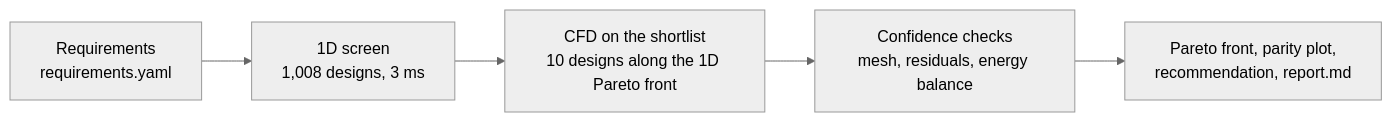
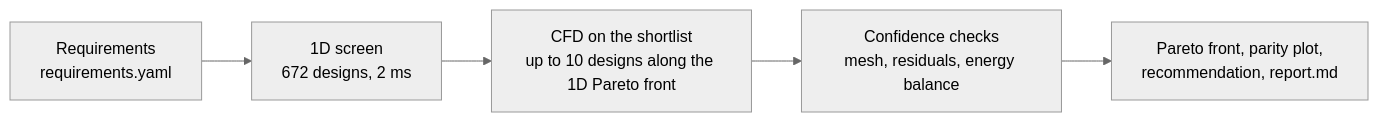
The diagram in README.md (riccardovietri/thermal-design-loop), drawn with Mermaid (neutral theme) before and after one commit. The commit also changed other lines of this file and 6 other files, not shown here.

Commit message:
docs: SPEC Amendment 1, assumptions, decisions, build log and README for rated-flow requirements

````diff
--- a/README.md
+++ b/README.md
@@ -22,7 +22,7 @@
 ```mermaid
 flowchart LR
-    A[Requirements<br/>requirements.yaml] --> B[1D screen<br/>1,008 designs, 3 ms]
-    B --> C[CFD on the shortlist<br/>10 designs along the 1D Pareto front]
+    A[Requirements<br/>requirements.yaml] --> B[1D screen<br/>672 designs, 2 ms]
+    B --> C[CFD on the shortlist<br/>up to 10 designs along the 1D Pareto front]
     C --> D[Confidence checks<br/>mesh, residuals, energy balance]
     D --> E[Pareto front, parity plot,<br/>recommendation, report.md]
 ```
````
